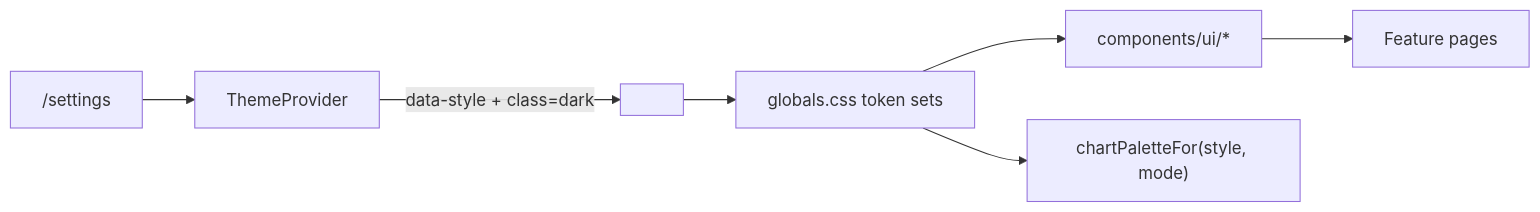
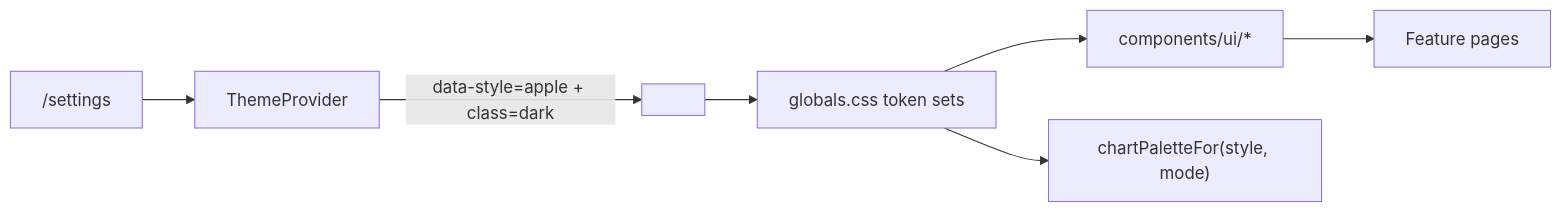
The diagram in apps/docs/DESIGN_GUIDE.md (ezcafe/my-apps), drawn with Mermaid before and after one commit. The commit also changed other lines of this file and 21 other files, not shown here.

````diff
--- a/apps/docs/DESIGN_GUIDE.md
+++ b/apps/docs/DESIGN_GUIDE.md
@@ -27,9 +27,9 @@
 ```mermaid
 flowchart LR
   Settings["/settings"] --> ThemeProvider
-  ThemeProvider -- "data-style + class=dark" --> HtmlRoot["<html>"]
+  ThemeProvider -- "data-style=apple + class=dark" --> HtmlRoot["<html>"]
   HtmlRoot --> Tokens["globals.css token sets"]
   Tokens --> Primitives["components/ui/*"]
   Tokens --> Charts["chartPaletteFor(style, mode)"]
   Primitives --> Surfaces["Feature pages"]
 ```
````
